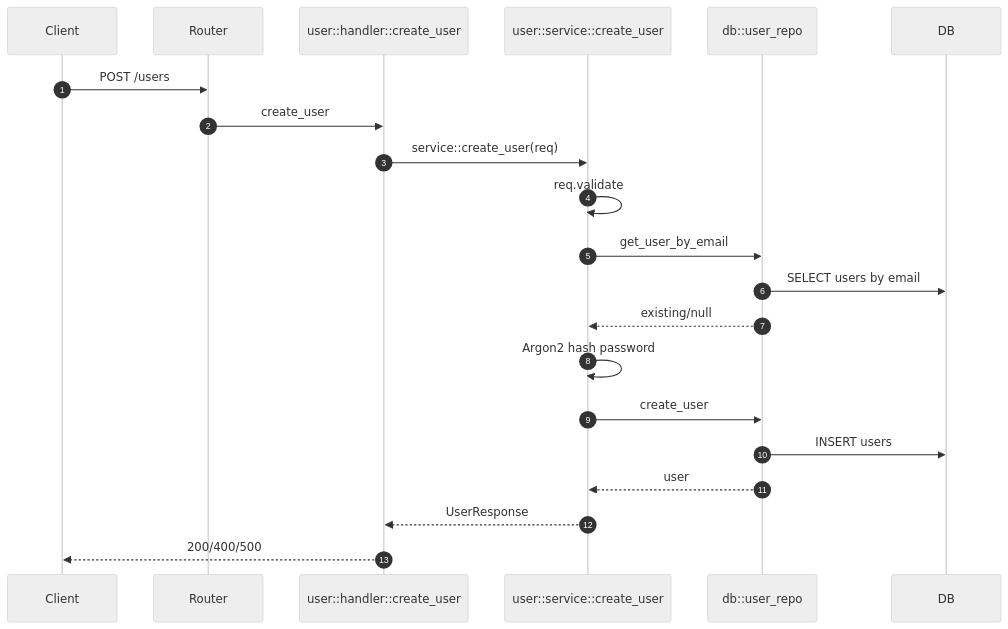
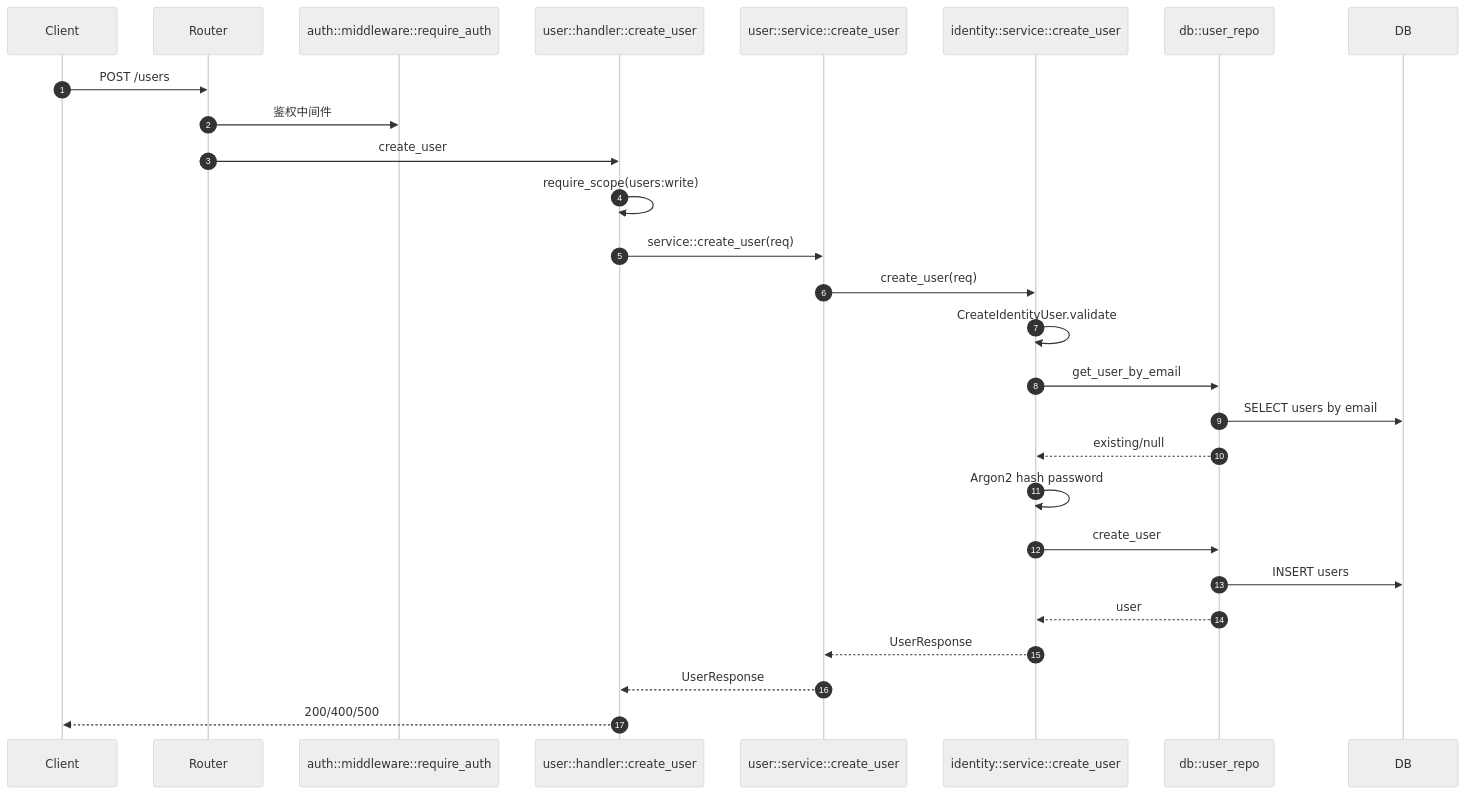
Before and after one commit to jianghs/babyegg-serve: the fourth of 9 diagrams in README.md, drawn with Mermaid (neutral theme). The commit also changed other lines of this file and 1 other file, not shown here.

Commit message:
docs(readme): sync auth and rbac architecture notes

````diff
--- a/README.md
+++ b/README.md
@@ -161,24 +192,30 @@
 ```mermaid
 sequenceDiagram
     autonumber
     participant Client
     participant Router
+    participant AuthMW as auth::middleware::require_auth
     participant Handler as user::handler::create_user
     participant Service as user::service::create_user
+    participant Identity as identity::service::create_user
     participant UserRepo as db::user_repo
     participant DB
 
     Client->>Router: POST /users
+    Router->>AuthMW: 鉴权中间件
     Router->>Handler: create_user
+    Handler->>Handler: require_scope(users:write)
     Handler->>Service: service::create_user(req)
-    Service->>Service: req.validate
-    Service->>UserRepo: get_user_by_email
+    Service->>Identity: create_user(req)
+    Identity->>Identity: CreateIdentityUser.validate
+    Identity->>UserRepo: get_user_by_email
     UserRepo->>DB: SELECT users by email
-    UserRepo-->>Service: existing/null
-    Service->>Service: Argon2 hash password
-    Service->>UserRepo: create_user
+    UserRepo-->>Identity: existing/null
+    Identity->>Identity: Argon2 hash password
+    Identity->>UserRepo: create_user
     UserRepo->>DB: INSERT users
-    UserRepo-->>Service: user
+    UserRepo-->>Identity: user
+    Identity-->>Service: UserResponse
     Service-->>Handler: UserResponse
     Handler-->>Client: 200/400/500
 ```
````
